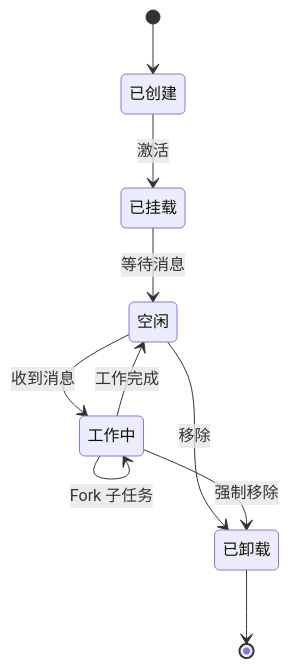
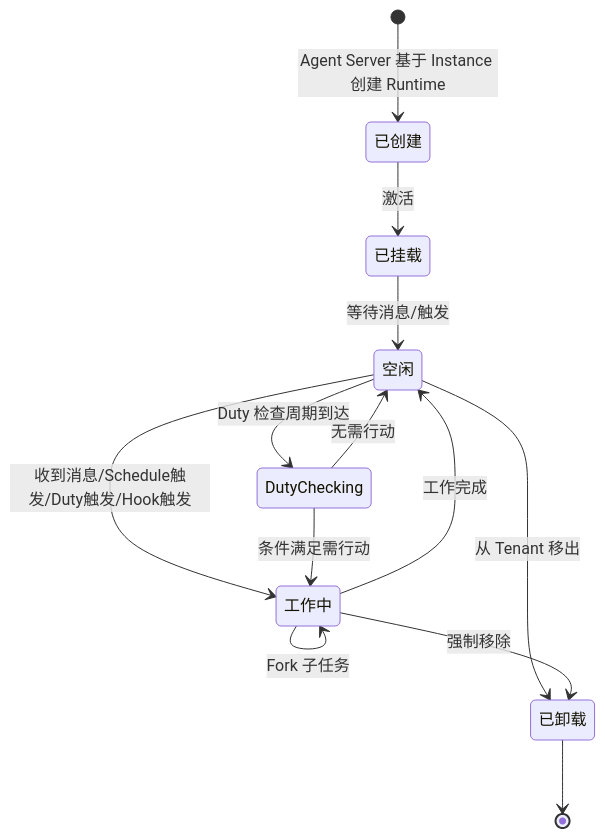
One commit to chongyi/virtual-team-architecture changed the fourth of 4 diagrams in virtual-team/src/02-core-concepts.md. Above: the diagram before and after it, drawn with Mermaid. The commit also changed other lines of this file and 10 other files, not shown here.

First line of the commit message:
docs: introduce VE Instance/Runtime split, Schedule/Timer, Duty, Hook system

````diff
--- a/virtual-team/src/02-core-concepts.md
+++ b/virtual-team/src/02-core-concepts.md
@@ -225,12 +274,15 @@
 ```mermaid
 stateDiagram-v2
-    [*] --> 已创建
+    [*] --> 已创建: Agent Server 基于 Instance 创建 Runtime
     已创建 --> 已挂载 : 激活
-    已挂载 --> 空闲 : 等待消息
-    空闲 --> 工作中 : 收到消息
+    已挂载 --> 空闲 : 等待消息/触发
+    空闲 --> 工作中 : 收到消息/Schedule触发/Duty触发/Hook触发
+    空闲 --> DutyChecking : Duty 检查周期到达
+    DutyChecking --> 工作中 : 条件满足需行动
+    DutyChecking --> 空闲 : 无需行动
     工作中 --> 空闲 : 工作完成
     工作中 --> 工作中 : Fork 子任务
-    空闲 --> 已卸载 : 移除
+    空闲 --> 已卸载 : 从 Tenant 移出
     工作中 --> 已卸载 : 强制移除
     已卸载 --> [*]
 ```
````
